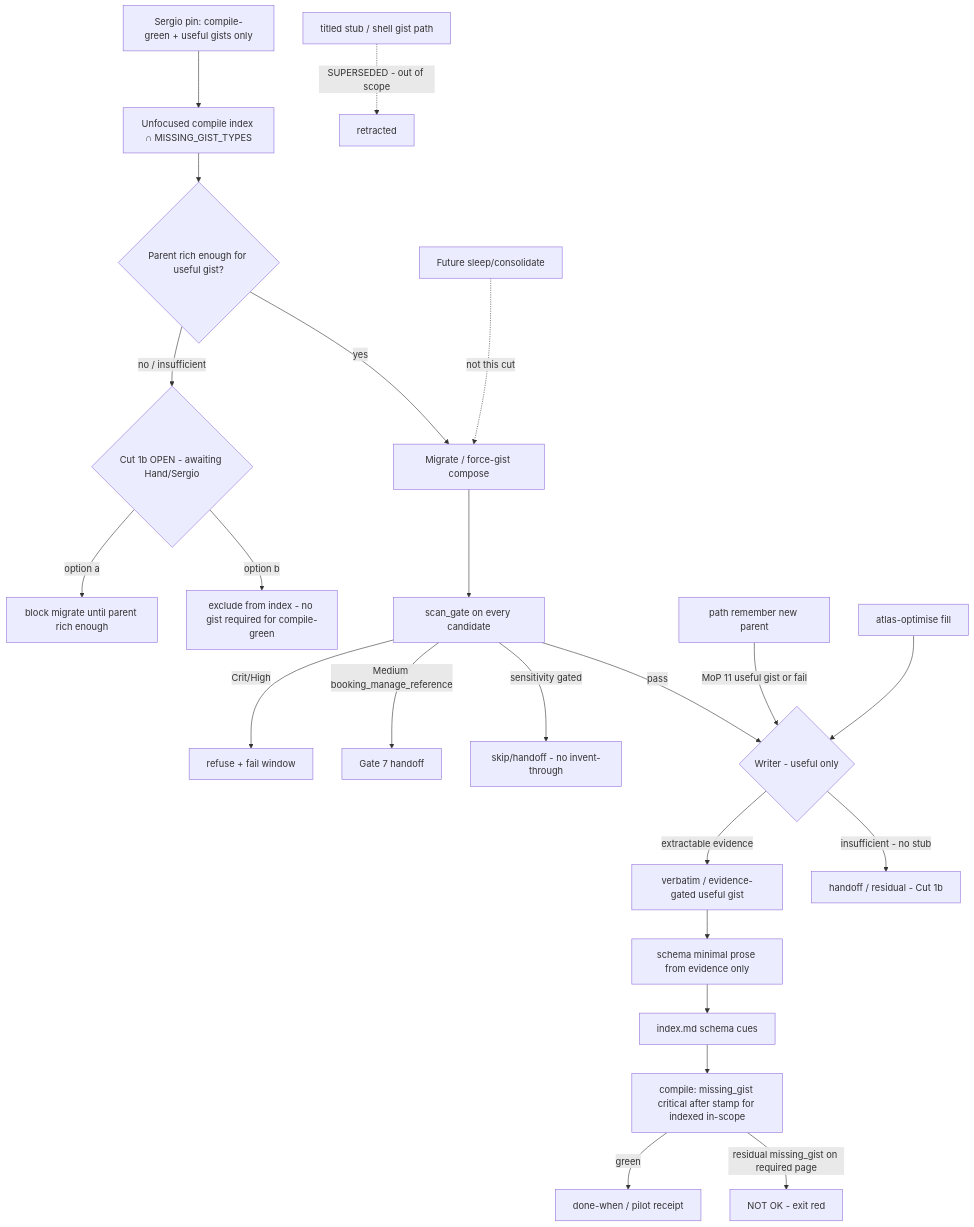
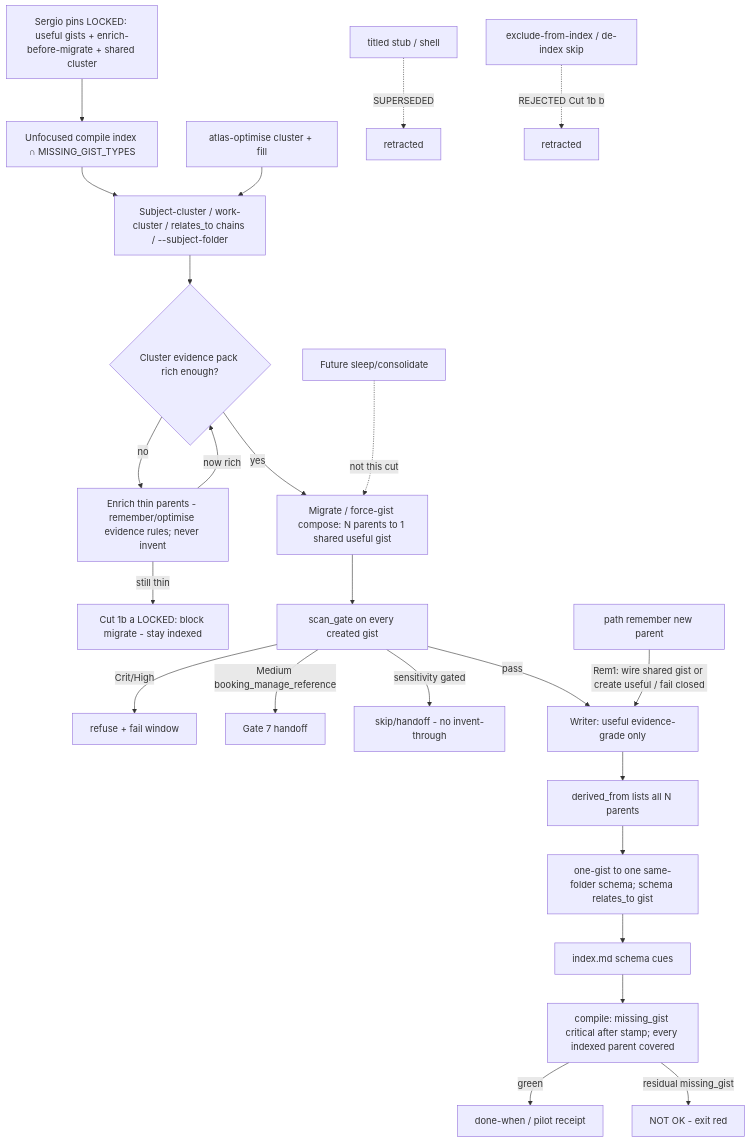
The diagram in autogenesis/plans/2026-10-06-atlas-force-gist-compile-green.md (sergio-sisternes-epam/atlas-atlas), drawn with Mermaid before and after one commit. The commit also changed other lines of this file and 5 other files, not shown here.

First line of the commit message:
docs(autogenesis): lock Cut 1b enrich-before-migrate; shared cluster N→1

````diff
--- a/autogenesis/plans/2026-10-06-atlas-force-gist-compile-green.md
+++ b/autogenesis/plans/2026-10-06-atlas-force-gist-compile-green.md
@@ -160,25 +172,26 @@
 ```mermaid
 flowchart TB
-  Pin[Sergio pin: compile-green + useful gists only] --> Scope[Unfocused compile index ∩ MISSING_GIST_TYPES]
-  Scope --> Rich{Parent rich enough for useful gist?}
-  Rich -->|yes| Mig[Migrate / force-gist compose]
-  Rich -->|no / insufficient| Cut1b{Cut 1b OPEN - awaiting Hand/Sergio}
-  Cut1b -->|option a| Block[block migrate until parent rich enough]
-  Cut1b -->|option b| Exclude[exclude from index - no gist required for compile-green]
-  Mig --> Scan[scan_gate on every candidate]
+  Pin[Sergio pins LOCKED: useful gists + enrich-before-migrate + shared cluster] --> Scope[Unfocused compile index ∩ MISSING_GIST_TYPES]
+  Scope --> Cluster[Subject-cluster / work-cluster / relates_to chains / --subject-folder]
+  Cluster --> Pack{Cluster evidence pack rich enough?}
+  Pack -->|no| Enrich[Enrich thin parents - remember/optimise evidence rules; never invent]
+  Enrich -->|still thin| Block[Cut 1b a LOCKED: block migrate - stay indexed]
+  Enrich -->|now rich| Pack
+  Pack -->|yes| Mig[Migrate / force-gist compose: N parents to 1 shared useful gist]
+  Mig --> Scan[scan_gate on every created gist]
   Scan -->|Crit/High| Refuse[refuse + fail window]
   Scan -->|Medium booking_manage_reference| Handoff[Gate 7 handoff]
   Scan -->|sensitivity gated| Skip[skip/handoff - no invent-through]
-  Scan -->|pass| Writer{Writer - useful only}
-  Writer -->|extractable evidence| Verbatim[verbatim / evidence-gated useful gist]
-  Writer -->|insufficient - no stub| Residual[handoff / residual - Cut 1b]
-  Verbatim --> SchemaBody[schema minimal prose from evidence only]
+  Scan -->|pass| Writer[Writer: useful evidence-grade only]
+  Writer --> DerivedN[derived_from lists all N parents]
+  DerivedN --> SchemaBody[one-gist to one same-folder schema; schema relates_to gist]
   SchemaBody --> Index[index.md schema cues]
-  Index --> Compile[compile: missing_gist critical after stamp for indexed in-scope]
+  Index --> Compile[compile: missing_gist critical after stamp; every indexed parent covered]
   Compile -->|green| Exit[done-when / pilot receipt]
-  Compile -->|residual missing_gist on required page| Fail[NOT OK - exit red]
-  Remember[path remember new parent] -->|MoP 11 useful gist or fail| Writer
-  Opt[atlas-optimise fill] --> Writer
+  Compile -->|residual missing_gist| Fail[NOT OK - exit red]
+  Remember[path remember new parent] -->|Rem1: wire shared gist or create useful / fail closed| Writer
+  Opt[atlas-optimise cluster + fill] --> Cluster
   Sleep[Future sleep/consolidate] -.not this cut.-> Mig
-  StubOld[titled stub / shell gist path] -.->|SUPERSEDED - out of scope| X[retracted]
+  StubOld[titled stub / shell] -.->|SUPERSEDED| X1[retracted]
+  ExcludeOld[exclude-from-index / de-index skip] -.->|REJECTED Cut 1b b| X2[retracted]
 ```
````
